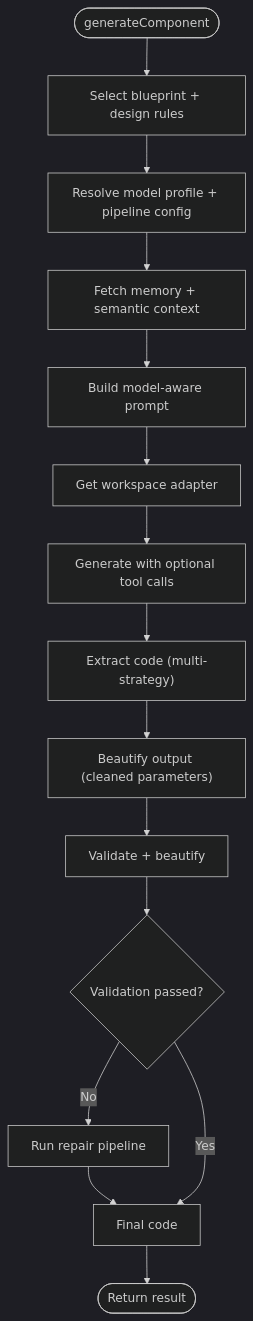
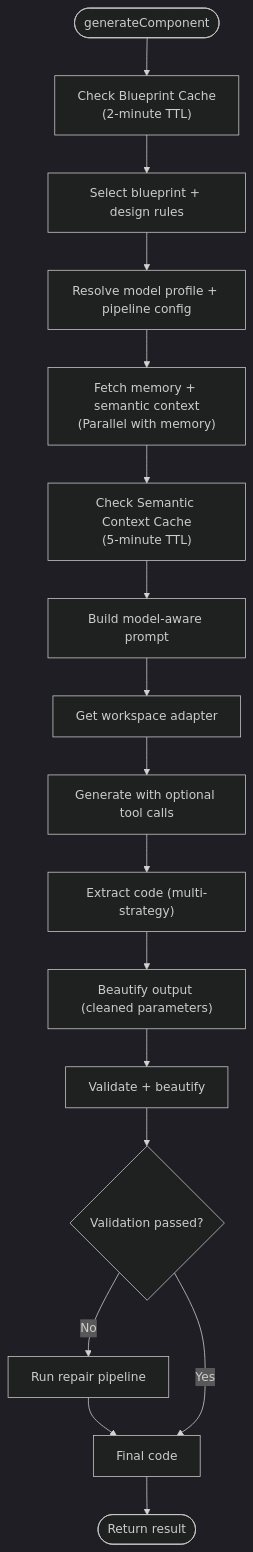
The sixth of 18 diagrams in .qoder/repowiki/en/content/Architecture & Design/Layered Architecture/Business Logic Layer/AI Generation Pipeline.md (shekhargiri005-dotcom/AI-powered-accessibility-first-UI-engine), drawn with Mermaid (dark theme) before and after one commit. The commit also changed other lines of this file and 8 other files, not shown here.

````diff
--- a/.qoder/repowiki/en/content/Architecture & Design/Layered Architecture/Business Logic Layer/AI Generation Pipeline.md
+++ b/.qoder/repowiki/en/content/Architecture & Design/Layered Architecture/Business Logic Layer/AI Generation Pipeline.md
@@ -390,17 +427,19 @@
 ```mermaid
 flowchart TD
-Start(["generateComponent"]) --> Blueprint["Select blueprint + design rules"]
+Start(["generateComponent"]) --> CacheCheck["Check Blueprint Cache<br/>(2-minute TTL)"]
+CacheCheck --> Blueprint["Select blueprint + design rules"]
 Blueprint --> Profile["Resolve model profile + pipeline config"]
-Profile --> Knowledge["Fetch memory + semantic context"]
-Knowledge --> Prompt["Build model-aware prompt"]
+Profile --> Knowledge["Fetch memory + semantic context<br/>(Parallel with memory)"]
+Knowledge --> CacheCheck2["Check Semantic Context Cache<br/>(5-minute TTL)"]
+CacheCheck2 --> Prompt["Build model-aware prompt"]
 Prompt --> Adapter["Get workspace adapter"]
 Adapter --> Generate["Generate with optional tool calls"]
 Generate --> Extract["Extract code (multi-strategy)"]
 Extract --> Beautify["Beautify output (cleaned parameters)"]
 Beautify --> Validate["Validate + beautify"]
 Validate --> Repair{"Validation passed?"}
 Repair --> |No| RunRepair["Run repair pipeline"]
 RunRepair --> Final["Final code"]
 Repair --> |Yes| Final
 Final --> Return(["Return result"])
 ```
````
